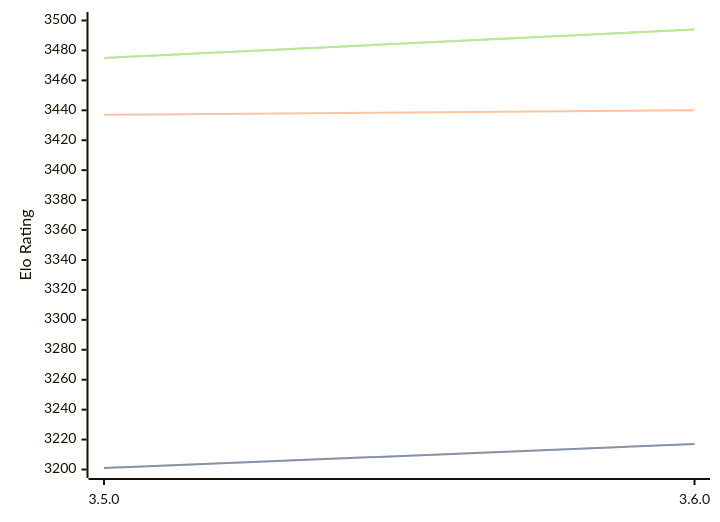
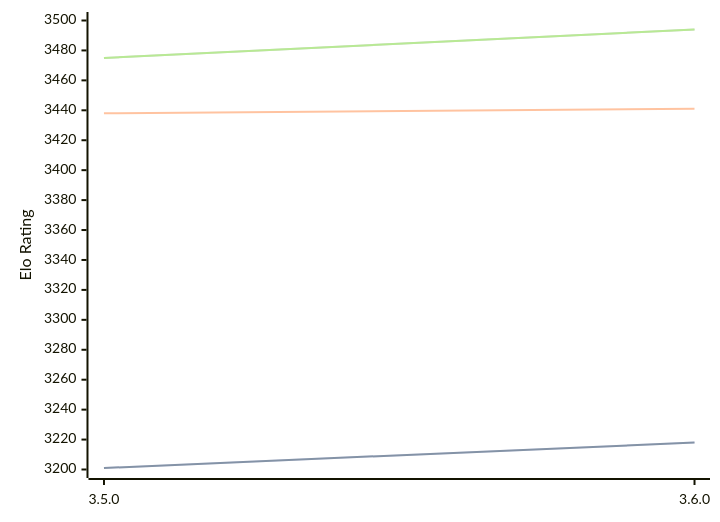
One commit to computer-chess-index/cci changed the diagram in engines/Igel.md. Above: the diagram before and after it, drawn with Mermaid. The commit also changed other lines of this file, not shown here.

Commit message:
Update CCI Ratings (ELO VLTC) - 2026-04-24

````diff
--- a/engines/Igel.md
+++ b/engines/Igel.md
@@ -68,11 +68,11 @@
 ```mermaid
 %%{init: {"theme":"base","themeVariables":{"seriesColors:['#a3a3a3','#222221','#faa371']}}}%%
 xychart-beta
   x-axis ["3.5.0", "3.6.0"]
   y-axis "Elo Rating" 3200 --> 3500
-  line "STC (8.0+0.08s)" [3201, 3217]
-  line "STC (8.0+0.08s)" [3201, 3217]
-  line "LTC (60.0+0.60s)" [3437, 3440]
+  line "STC (8.0+0.08s)" [3201, 3218]
+  line "STC (8.0+0.08s)" [3201, 3218]
+  line "LTC (60.0+0.60s)" [3438, 3441]
   line "VLTC (2m24s+1.12s)" [3475, 3494]
   line "VLTC (2m24s+1.12s)" [3475, 3494]
 ```
````
